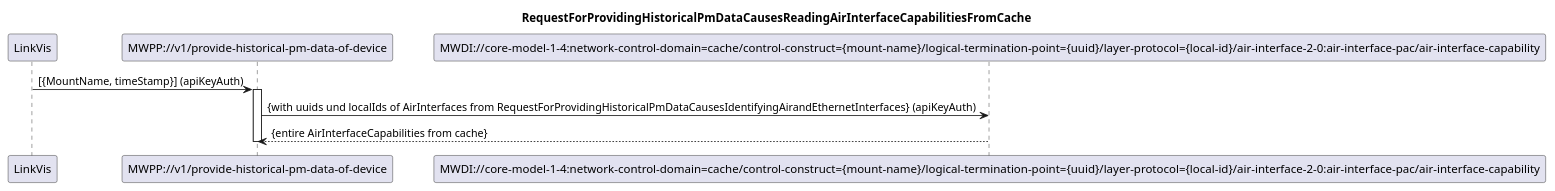
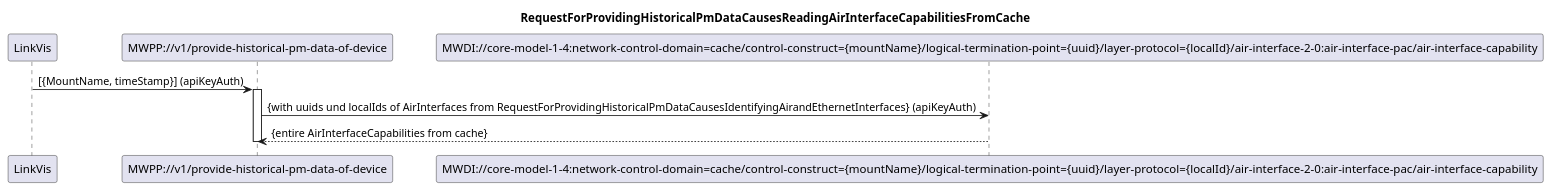
The diagram in spec/diagrams/004_ReadingAirInterfaceCapabilitiesFromCache.plantuml (openBackhaul/MicroWavePerformanceProxy), drawn with PlantUML before and after one commit. The commit also changed 4 other files, not shown here.

```diff
--- a/spec/diagrams/004_ReadingAirInterfaceCapabilitiesFromCache.plantuml
+++ b/spec/diagrams/004_ReadingAirInterfaceCapabilitiesFromCache.plantuml
@@ -1,20 +1,20 @@
 @startuml 004_ReadingAirInterfaceCapabilitiesFromCache
 skinparam responseMessageBelowArrow true
 
 title
 RequestForProvidingHistoricalPmDataCausesReadingAirInterfaceCapabilitiesFromCache
 end title
 
 participant "LinkVis" as LinkVis
 participant "MWPP://v1/provide-historical-pm-data-of-device" as MWPP
-participant "MWDI://core-model-1-4:network-control-domain=cache/control-construct={mount-name}/logical-termination-point={uuid}/layer-protocol={local-id}/air-interface-2-0:air-interface-pac/air-interface-capability" as AirInterfaceCapa
+participant "MWDI://core-model-1-4:network-control-domain=cache/control-construct={mountName}/logical-termination-point={uuid}/layer-protocol={localId}/air-interface-2-0:air-interface-pac/air-interface-capability" as AirInterfaceCapa
 
 LinkVis -> MWPP: [{MountName, timeStamp}] (apiKeyAuth)
 activate MWPP
 
 MWPP -> AirInterfaceCapa: {with uuids und localIds of AirInterfaces from RequestForProvidingHistoricalPmDataCausesIdentifyingAirandEthernetInterfaces} (apiKeyAuth)
 AirInterfaceCapa --> MWPP: {entire AirInterfaceCapabilities from cache}
 
 deactivate MWPP
 
 @enduml
```
